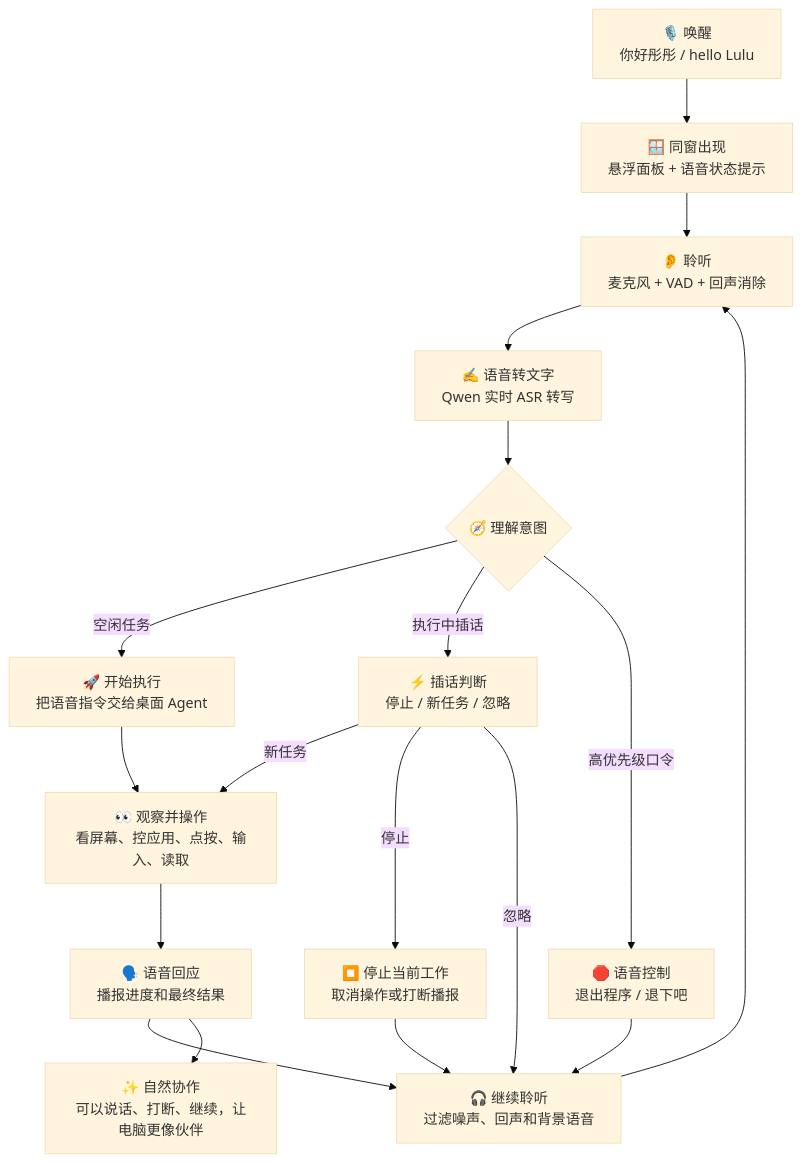
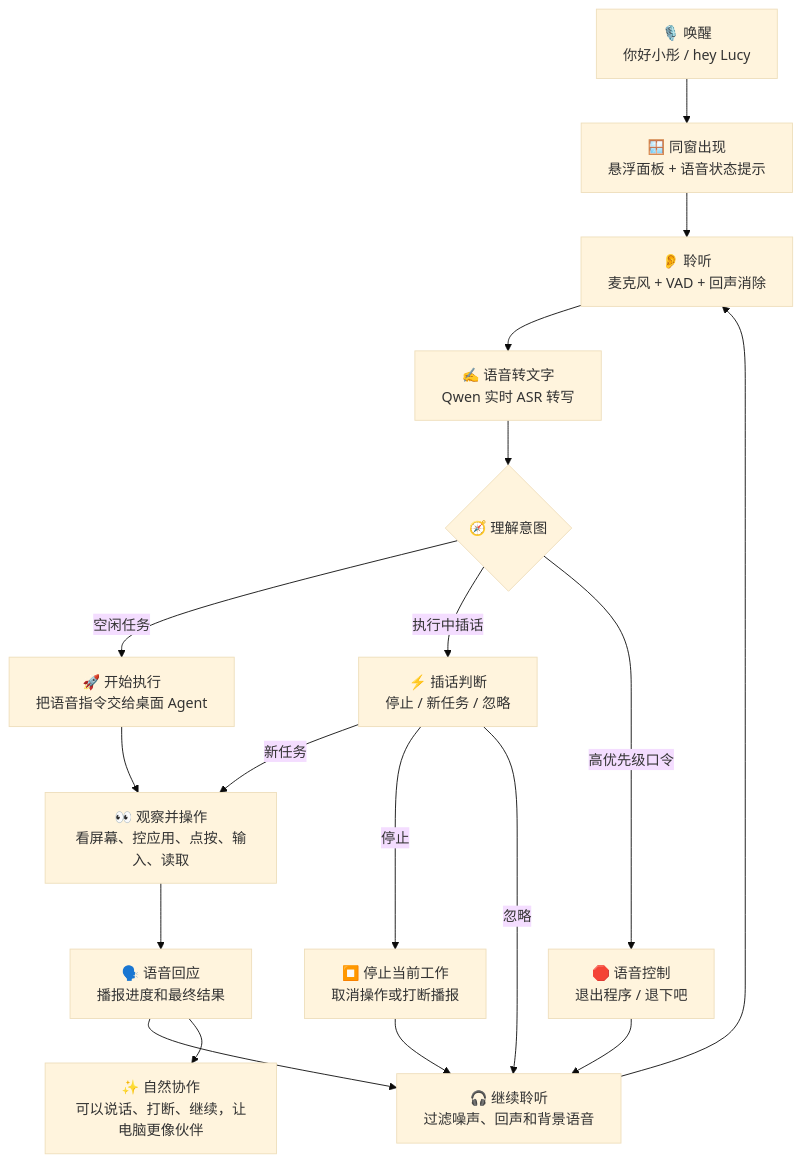
Before and after one commit to mini-yifan/CoView: the second of 2 diagrams in docs/COVIEW_VOICE_FLOW.md, drawn with Mermaid (base theme). The commit also changed other lines of this file and 13 other files, not shown here.

````diff
--- a/docs/COVIEW_VOICE_FLOW.md
+++ b/docs/COVIEW_VOICE_FLOW.md
@@ -34,24 +34,24 @@
 ```mermaid
 flowchart TD
-    A["🎙️ 唤醒<br/>你好彤彤 / hello Lulu"] --> B["🪟 同窗出现<br/>悬浮面板 + 语音状态提示"]
+    A["🎙️ 唤醒<br/>你好小彤 / hey Lucy"] --> B["🪟 同窗出现<br/>悬浮面板 + 语音状态提示"]
     B --> C["👂 聆听<br/>麦克风 + VAD + 回声消除"]
     C --> D["✍️ 语音转文字<br/>Qwen 实时 ASR 转写"]
     D --> E{"🧭 理解意图"}
 
     E -->|空闲任务| F["🚀 开始执行<br/>把语音指令交给桌面 Agent"]
     E -->|执行中插话| G["⚡ 插话判断<br/>停止 / 新任务 / 忽略"]
     E -->|高优先级口令| H["🛑 语音控制<br/>退出程序 / 退下吧"]
 
     F --> I["👀 观察并操作<br/>看屏幕、控应用、点按、输入、读取"]
     G -->|新任务| I
     G -->|停止| J["⏹️ 停止当前工作<br/>取消操作或打断播报"]
     G -->|忽略| K["🎧 继续聆听<br/>过滤噪声、回声和背景语音"]
 
     I --> L["🗣️ 语音回应<br/>播报进度和最终结果"]
     J --> K
     H --> K
     L --> K
     K --> C
 
     L --> M["✨ 自然协作<br/>可以说话、打断、继续，让电脑更像伙伴"]
 ```
````
